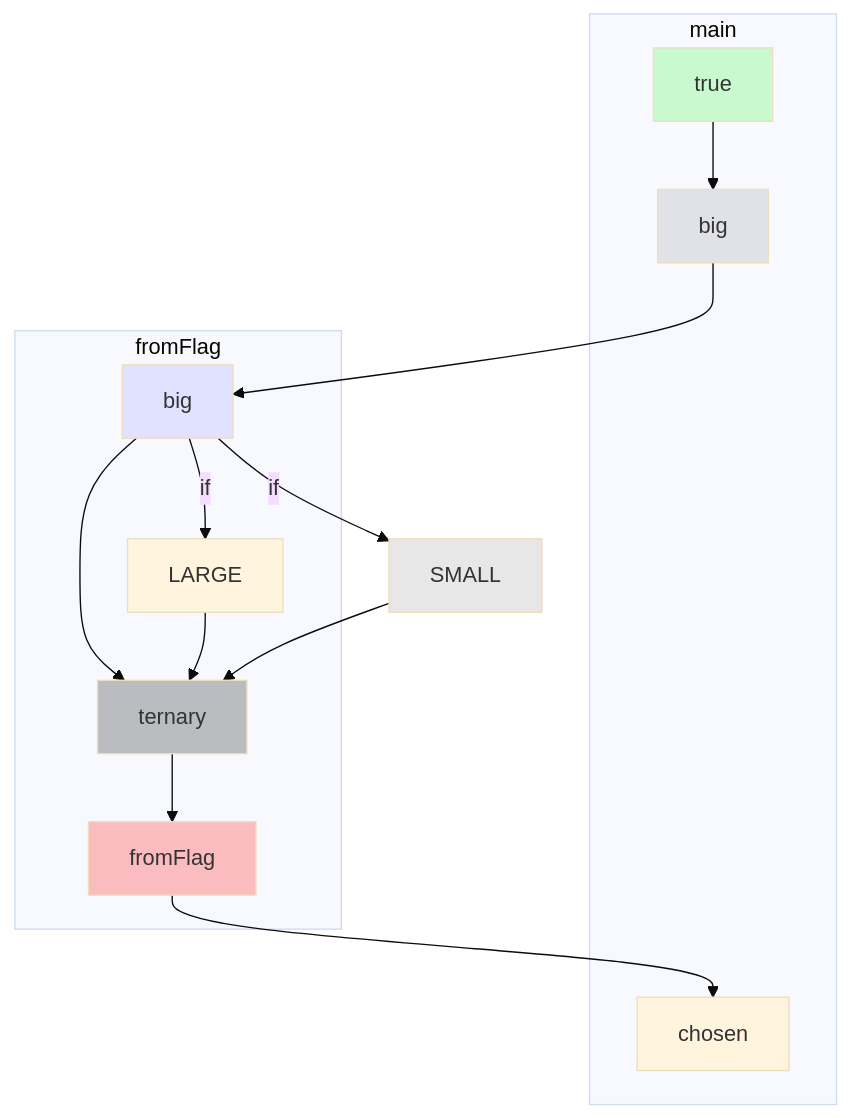
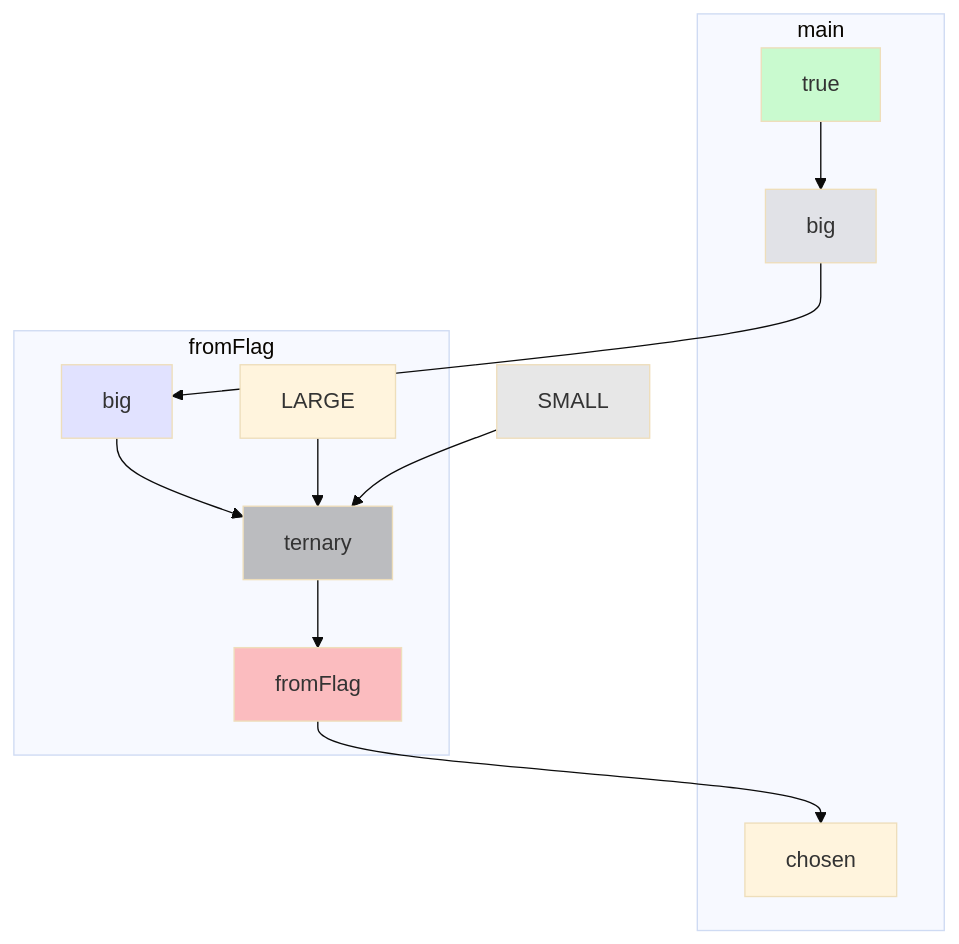
Before and after one commit to gstiebler/codeflow: the diagram in app/src/test/resources/enumConstant/spike-truth.md, drawn with Mermaid (base theme). The commit also changed 21 other files, not shown here.

````diff
--- a/app/src/test/resources/enumConstant/spike-truth.md
+++ b/app/src/test/resources/enumConstant/spike-truth.md
@@ -3,31 +3,29 @@
 ```mermaid
 flowchart TD
   subgraph m0["main"]
     n0["true"]:::LITERAL
     n1["big"]:::VARIABLE
     n2["chosen"]:::OBJ_VARIABLE
   end
   subgraph m1["fromFlag"]
     n3["ternary"]:::BIN_OP
     n4["big"]:::FUNC_PARAM
     n5["fromFlag"]:::RETURN
     n6["LARGE"]:::OBJ_VARIABLE
   end
   n7["SMALL"]:::VARIABLE
   n0 --> n1
   n1 --> n4
   n3 --> n5
   n4 --> n3
-  n4 -->|if| n6
-  n4 -->|if| n7
   n5 --> n2
   n6 --> n3
   n7 --> n3
   classDef LITERAL fill:#00FF0030
   classDef VARIABLE fill:#80808030
   classDef BIN_OP fill:#80808080
   classDef FUNC_PARAM fill:#8080FF30
   classDef RETURN fill:#FF808080
   classDef EXTERNAL fill:#FFA50040
   classDef UNMODELLED fill:#FF000030,stroke-dasharray: 4 2
 ```
````
